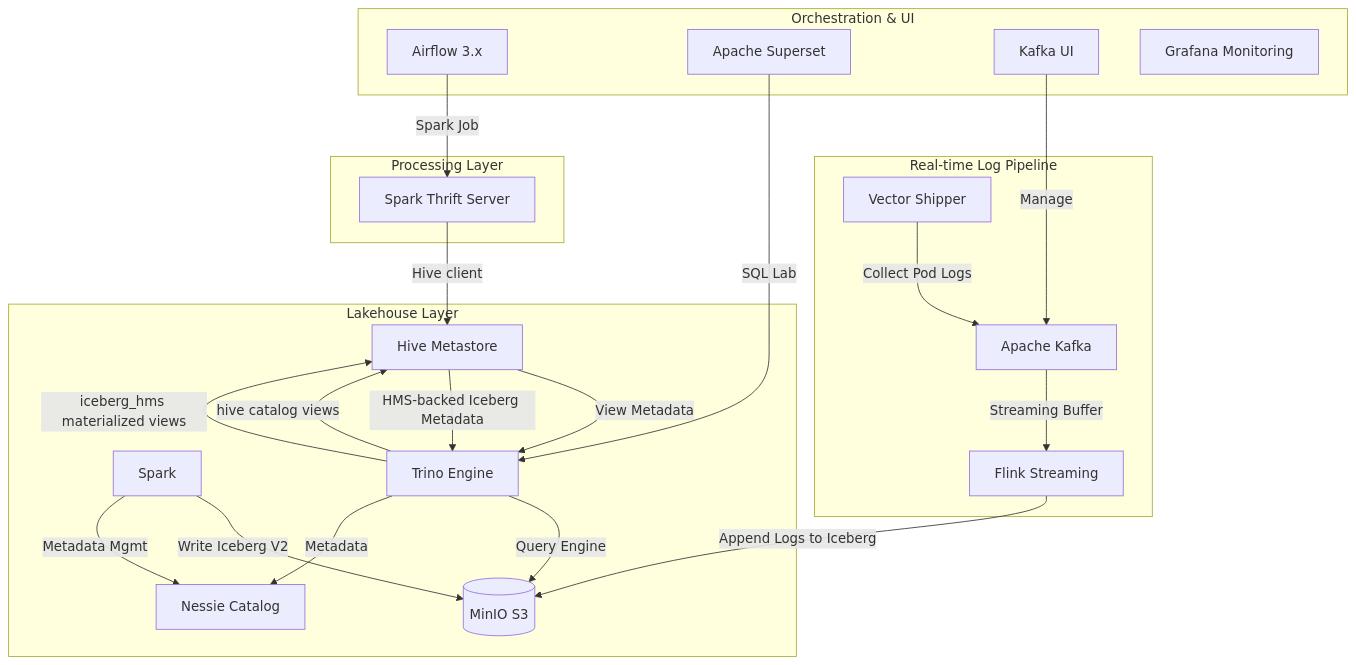
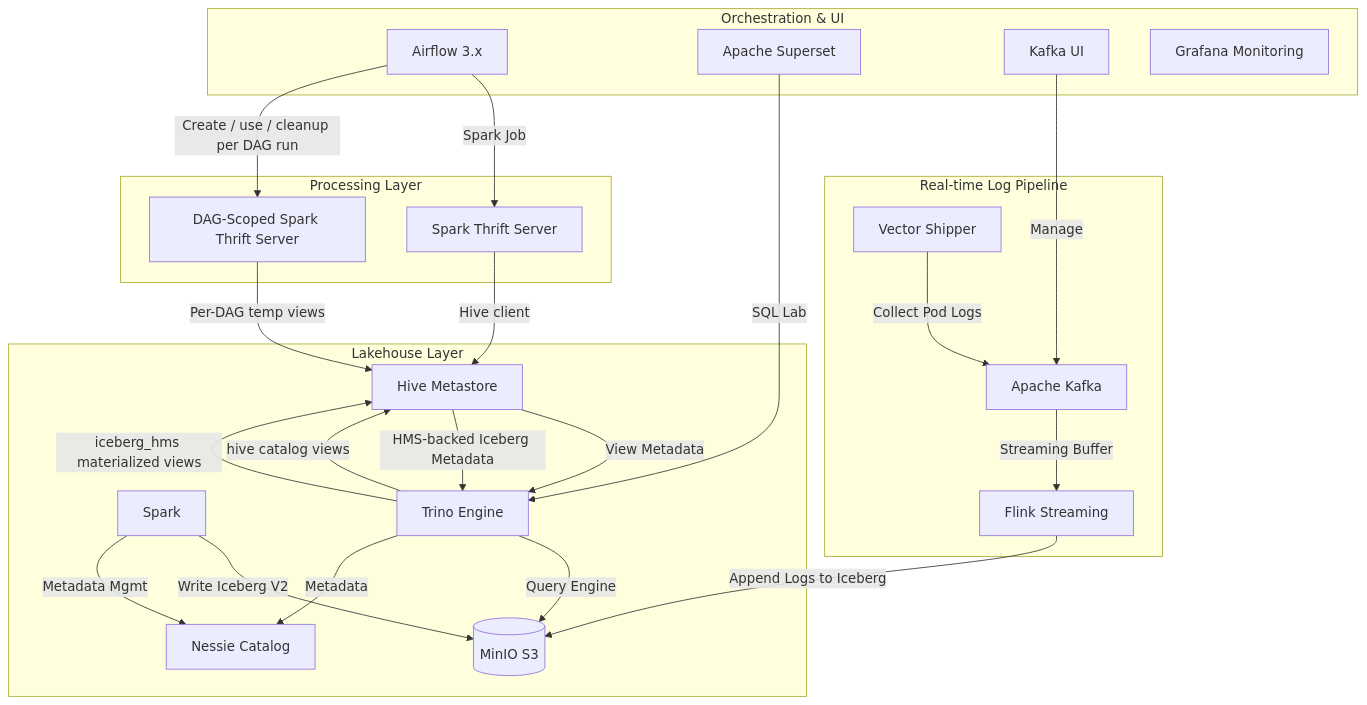
Before and after one commit to doooothat/etl-platform: the first of 2 diagrams in overview.md, drawn with Mermaid. The commit also changed other lines of this file and 30 other files, not shown here.

Commit message:
Add reproducible Spark runtime integration test flow

````diff
--- a/overview.md
+++ b/overview.md
@@ -9,39 +9,42 @@
 ```mermaid
 graph TD
     subgraph Log_Collection [Real-time Log Pipeline]
         Vector[Vector Shipper] -- "Collect Pod Logs" --> Kafka[Apache Kafka]
         Kafka -- "Streaming Buffer" --> Flink[Flink Streaming]
     end
 
     subgraph Data_Storage [Lakehouse Layer]
         MinIO[(MinIO S3)]
         Nessie[Nessie Catalog]
         HiveMS[Hive Metastore]
         Spark -- "Write Iceberg V2" --> MinIO
         Flink -- "Append Logs to Iceberg" --> MinIO
         Spark -- "Metadata Mgmt" --> Nessie
         HiveMS -- "View Metadata" --> Trino
         HiveMS -- "HMS-backed Iceberg Metadata" --> Trino
     end
 
     subgraph Analysis_Processing [Processing Layer]
         Trino[Trino Engine]
         SparkThrift[Spark Thrift Server]
+        EphemeralSparkThrift[DAG-Scoped Spark Thrift Server]
         Trino -- "Query Engine" --> MinIO
         Trino -- "Metadata" --> Nessie
         Trino -- "hive catalog views" --> HiveMS
         Trino -- "iceberg_hms materialized views" --> HiveMS
         SparkThrift -- "Hive client" --> HiveMS
+        EphemeralSparkThrift -- "Per-DAG temp views" --> HiveMS
     end
 
     subgraph UX_Orchestration [Orchestration & UI]
         Airflow[Airflow 3.x]
         Superset[Apache Superset]
         KafkaUI[Kafka UI]
         Grafana[Grafana Monitoring]
         
         Airflow -- "Spark Job" --> SparkThrift
+        Airflow -- "Create / use / cleanup per DAG run" --> EphemeralSparkThrift
         Superset -- "SQL Lab" --> Trino
         KafkaUI -- "Manage" --> Kafka
     end
 ```
````
